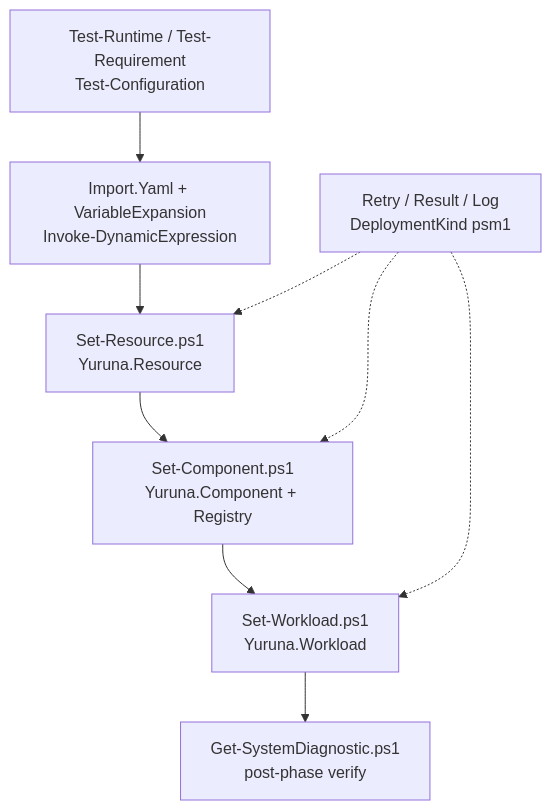
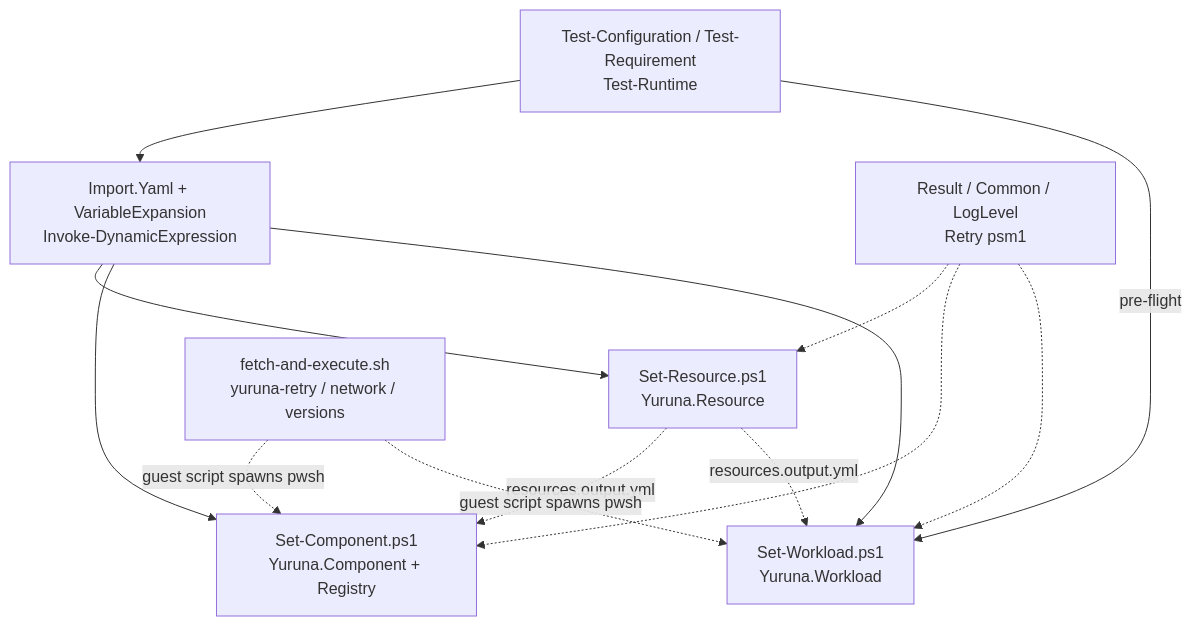
Before and after one commit to alissonsol/yuruna: the first of 7 diagrams in docs/design/02-component-breakdown.md, drawn with Mermaid. The commit also changed other lines of this file and 536 other files, not shown here.

````diff
--- a/docs/design/02-component-breakdown.md
+++ b/docs/design/02-component-breakdown.md
@@ -10,17 +10,23 @@
 ```mermaid
 flowchart TD
     set-resource[Set-Resource.ps1<br/>Yuruna.Resource]
     set-component[Set-Component.ps1<br/>Yuruna.Component + Registry]
     set-workload[Set-Workload.ps1<br/>Yuruna.Workload]
-    validation[Test-Runtime / Test-Requirement<br/>Test-Configuration]
+    validation[Test-Configuration / Test-Requirement<br/>Test-Runtime]
     config-parse[Import.Yaml + VariableExpansion<br/>Invoke-DynamicExpression]
-    cross-cutting[Retry / Result / Log<br/>DeploymentKind psm1]
-    diagnostic[Get-SystemDiagnostic.ps1<br/>post-phase verify]
+    cross-cutting[Result / Common / LogLevel<br/>Retry psm1]
+    guest-runtime[fetch-and-execute.sh<br/>yuruna-retry / network / versions]
 
-    config-parse --> set-resource --> set-component --> set-workload
     validation --> config-parse
+    config-parse --> set-resource
+    config-parse --> set-component
+    config-parse --> set-workload
+    validation -->|pre-flight| set-workload
+    set-resource -.->|resources.output.yml| set-component
+    set-resource -.->|resources.output.yml| set-workload
     cross-cutting -.-> set-resource
     cross-cutting -.-> set-component
     cross-cutting -.-> set-workload
-    set-workload --> diagnostic
+    guest-runtime -.->|guest script spawns pwsh| set-component
+    guest-runtime -.->|guest script spawns pwsh| set-workload
 ```
````
